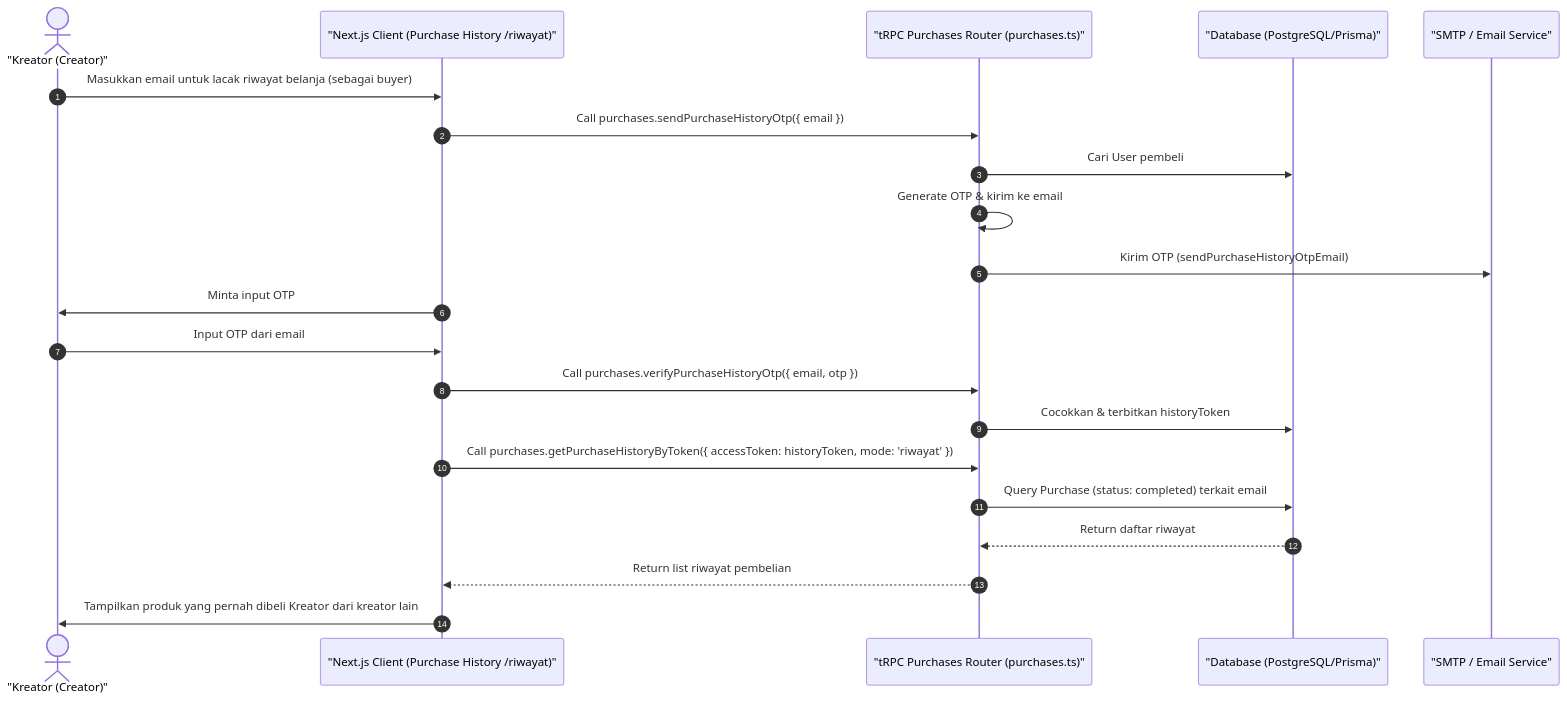
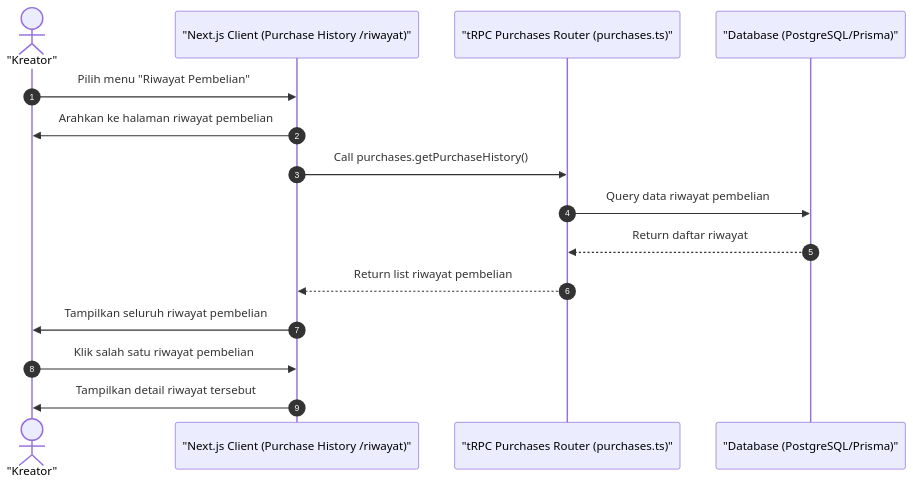
One commit to luputer/CuanIN changed the diagram in docs/42-creator-purchase-history.md. Above: the diagram before and after it, drawn with Mermaid. The commit also changed other lines of this file and 53 other files, not shown here.

````diff
--- a/docs/42-creator-purchase-history.md
+++ b/docs/42-creator-purchase-history.md
@@ -5,25 +5,18 @@
 ```mermaid
 sequenceDiagram
     autonumber
-    actor Creator as "Kreator (Creator)"
+    actor Creator as "Kreator"
     participant Client as "Next.js Client (Purchase History /riwayat)"
     participant Server as "tRPC Purchases Router (purchases.ts)"
     participant DB as "Database (PostgreSQL/Prisma)"
-    participant SMTP as "SMTP / Email Service"
 
-    Creator->>Client: Masukkan email untuk lacak riwayat belanja (sebagai buyer)
-    Client->>Server: Call purchases.sendPurchaseHistoryOtp({ email })
-    Server->>DB: Cari User pembeli
-    Server->>Server: Generate OTP & kirim ke email
-    Server->>SMTP: Kirim OTP (sendPurchaseHistoryOtpEmail)
-    Client->>Creator: Minta input OTP
-    Creator->>Client: Input OTP dari email
-    Client->>Server: Call purchases.verifyPurchaseHistoryOtp({ email, otp })
-    Server->>DB: Cocokkan & terbitkan historyToken
-    Client->>Server: Call purchases.getPurchaseHistoryByToken({ accessToken: historyToken, mode: 'riwayat' })
-    Server->>DB: Query Purchase (status: completed) terkait email
+    Creator->>Client: Pilih menu "Riwayat Pembelian"
+    Client->>Creator: Arahkan ke halaman riwayat pembelian
+    Client->>Server: Call purchases.getPurchaseHistory()
+    Server->>DB: Query data riwayat pembelian
     DB-->>Server: Return daftar riwayat
     Server-->>Client: Return list riwayat pembelian
-    Client->>Creator: Tampilkan produk yang pernah dibeli Kreator dari kreator lain
-
+    Client->>Creator: Tampilkan seluruh riwayat pembelian
+    Creator->>Client: Klik salah satu riwayat pembelian
+    Client->>Creator: Tampilkan detail riwayat tersebut
 ```
````
